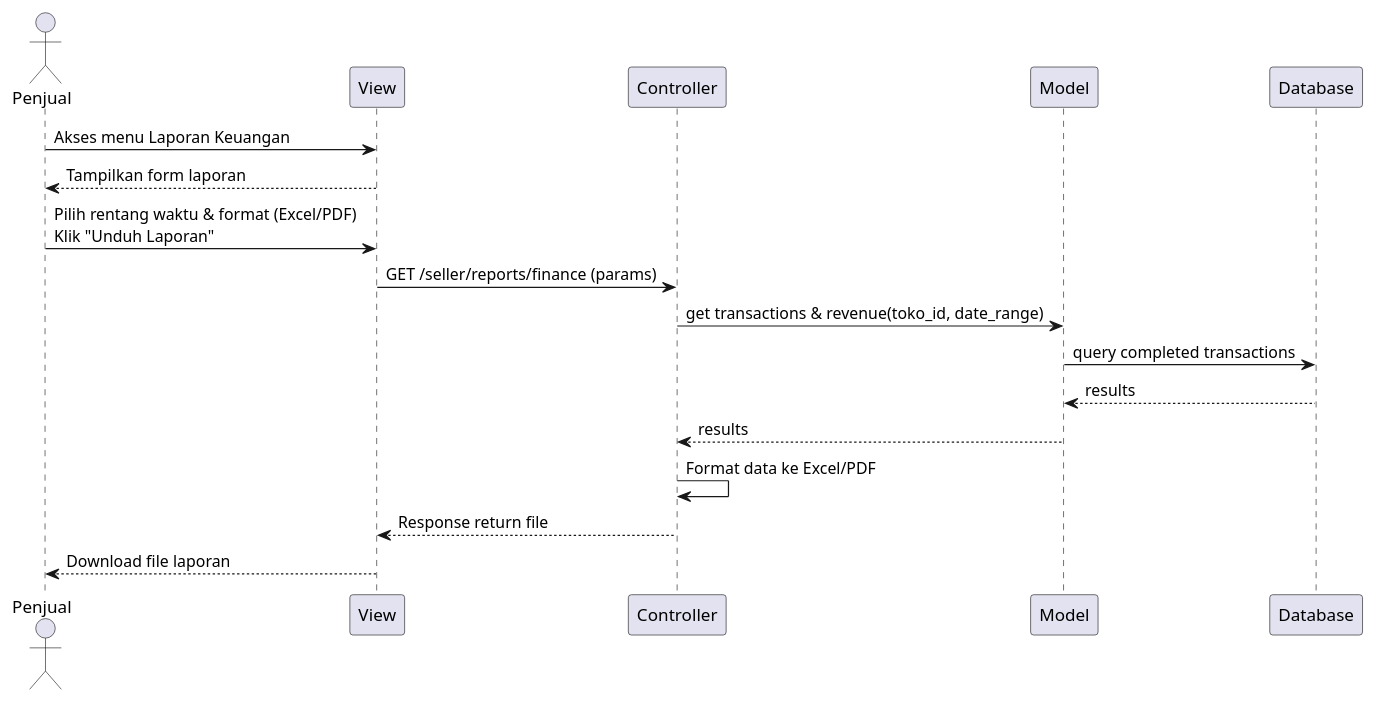
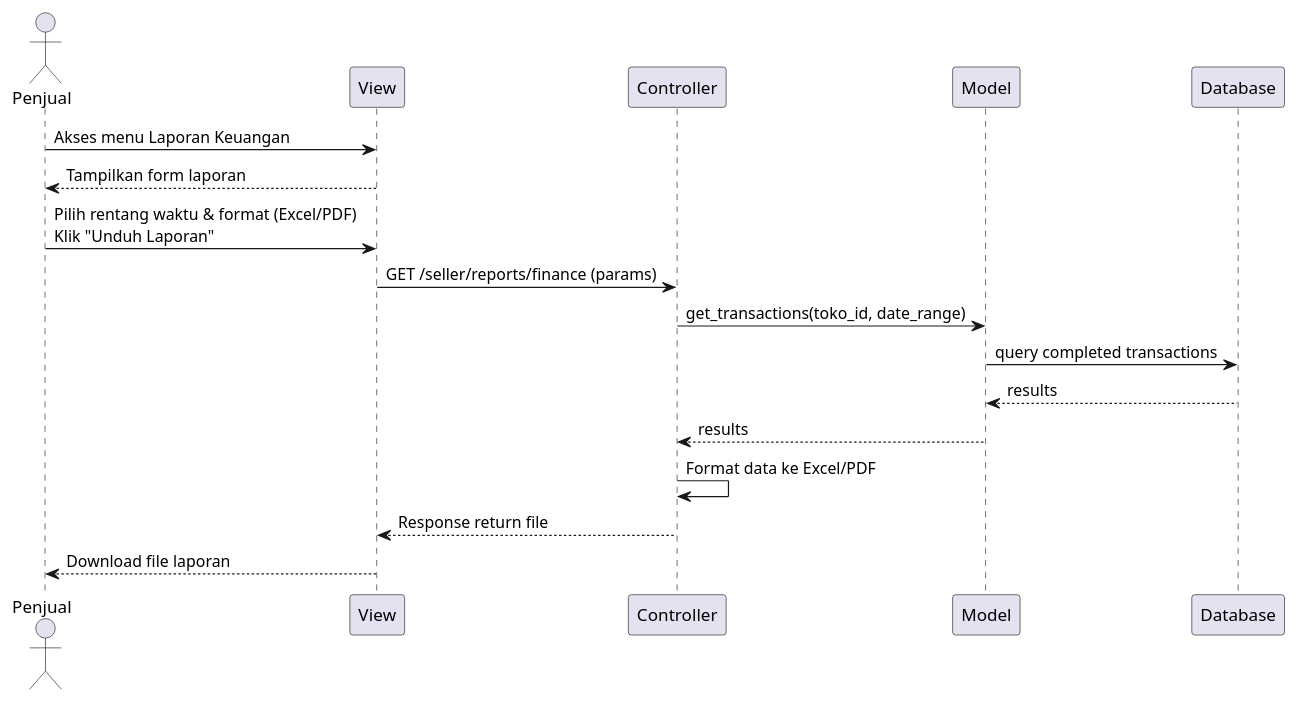
One commit to GitSyah111/toko-umkm-app changed the diagram in docs/uml/sequence-reportkeuangan.puml. Above: the diagram before and after it, drawn with PlantUML. The commit also changed 35 other files, not shown here.

First line of the commit message:
feat: add database schema, seeders, and wishlist entity

```diff
--- a/docs/uml/sequence-reportkeuangan.puml
+++ b/docs/uml/sequence-reportkeuangan.puml
@@ -1,22 +1,22 @@
 @startuml
 actor Penjual
 participant View
 participant Controller
 participant Model
 participant Database
 
 Penjual -> View : Akses menu Laporan Keuangan
 View --> Penjual : Tampilkan form laporan
 
 Penjual -> View : Pilih rentang waktu & format (Excel/PDF)\nKlik "Unduh Laporan"
 View -> Controller : GET /seller/reports/finance (params)
 
-Controller -> Model : get transactions & revenue(toko_id, date_range)
+Controller -> Model : get_transactions(toko_id, date_range)
 Model -> Database : query completed transactions
 Database --> Model : results
 Model --> Controller : results
 
 Controller -> Controller : Format data ke Excel/PDF
 Controller --> View : Response return file
 View --> Penjual : Download file laporan
 @enduml
```
